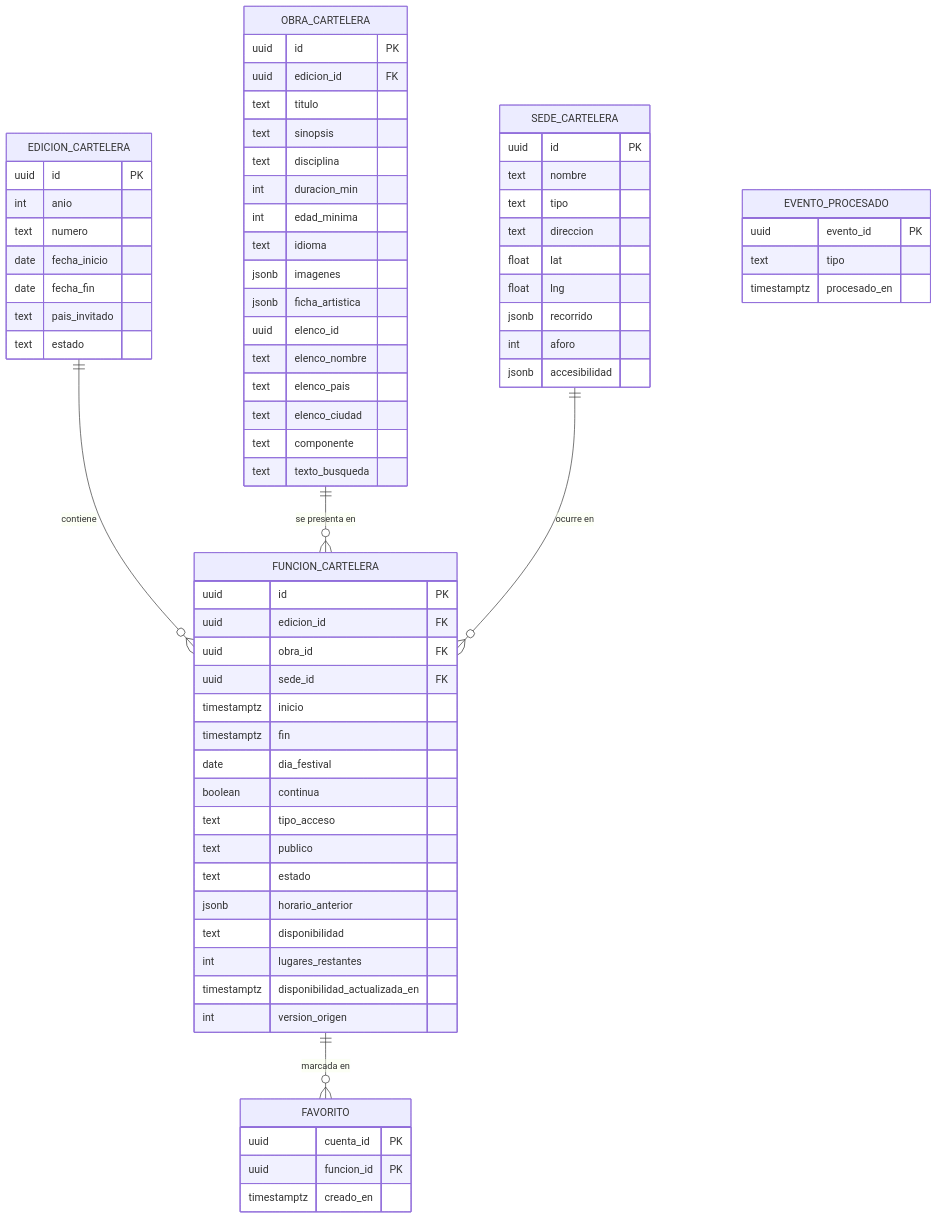
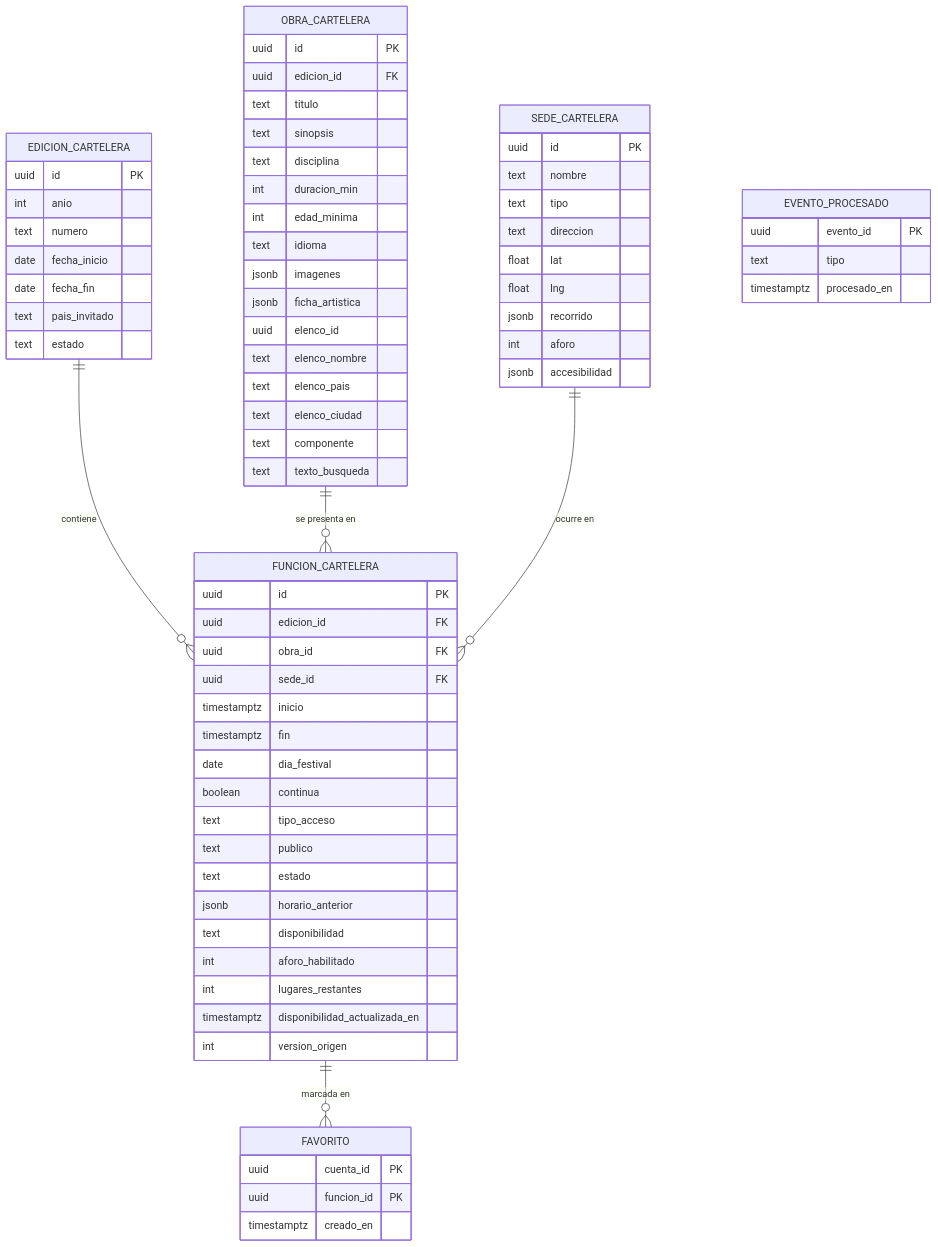
One commit to Kevrc/festival-artes-vivas-loja changed the first of 2 diagrams in specs/001-cartelera-programacion/data-model.md. Above: the diagram before and after it, drawn with Mermaid. The commit also changed other lines of this file and 1 other file, not shown here.

Commit message:
docs(cartelera): aforo habilitado, funciones continuas y disponibilidad derivada en el modelo

````diff
--- a/specs/001-cartelera-programacion/data-model.md
+++ b/specs/001-cartelera-programacion/data-model.md
@@ -7,73 +7,74 @@
 ```mermaid
 erDiagram
     EDICION_CARTELERA ||--o{ FUNCION_CARTELERA : contiene
     OBRA_CARTELERA ||--o{ FUNCION_CARTELERA : "se presenta en"
     SEDE_CARTELERA ||--o{ FUNCION_CARTELERA : "ocurre en"
     FUNCION_CARTELERA ||--o{ FAVORITO : "marcada en"
     EDICION_CARTELERA {
         uuid id PK
         int anio
         text numero
         date fecha_inicio
         date fecha_fin
         text pais_invitado
         text estado
     }
     OBRA_CARTELERA {
         uuid id PK
         uuid edicion_id FK
         text titulo
         text sinopsis
         text disciplina
         int duracion_min
         int edad_minima
         text idioma
         jsonb imagenes
         jsonb ficha_artistica
         uuid elenco_id
         text elenco_nombre
         text elenco_pais
         text elenco_ciudad
         text componente
         text texto_busqueda
     }
     SEDE_CARTELERA {
         uuid id PK
         text nombre
         text tipo
         text direccion
         float lat
         float lng
         jsonb recorrido
         int aforo
         jsonb accesibilidad
     }
     FUNCION_CARTELERA {
         uuid id PK
         uuid edicion_id FK
         uuid obra_id FK
         uuid sede_id FK
         timestamptz inicio
         timestamptz fin
         date dia_festival
         boolean continua
         text tipo_acceso
         text publico
         text estado
         jsonb horario_anterior
         text disponibilidad
+        int aforo_habilitado
         int lugares_restantes
         timestamptz disponibilidad_actualizada_en
         int version_origen
     }
     FAVORITO {
         uuid cuenta_id PK
         uuid funcion_id PK
         timestamptz creado_en
     }
     EVENTO_PROCESADO {
         uuid evento_id PK
         text tipo
         timestamptz procesado_en
     }
 ```
````
